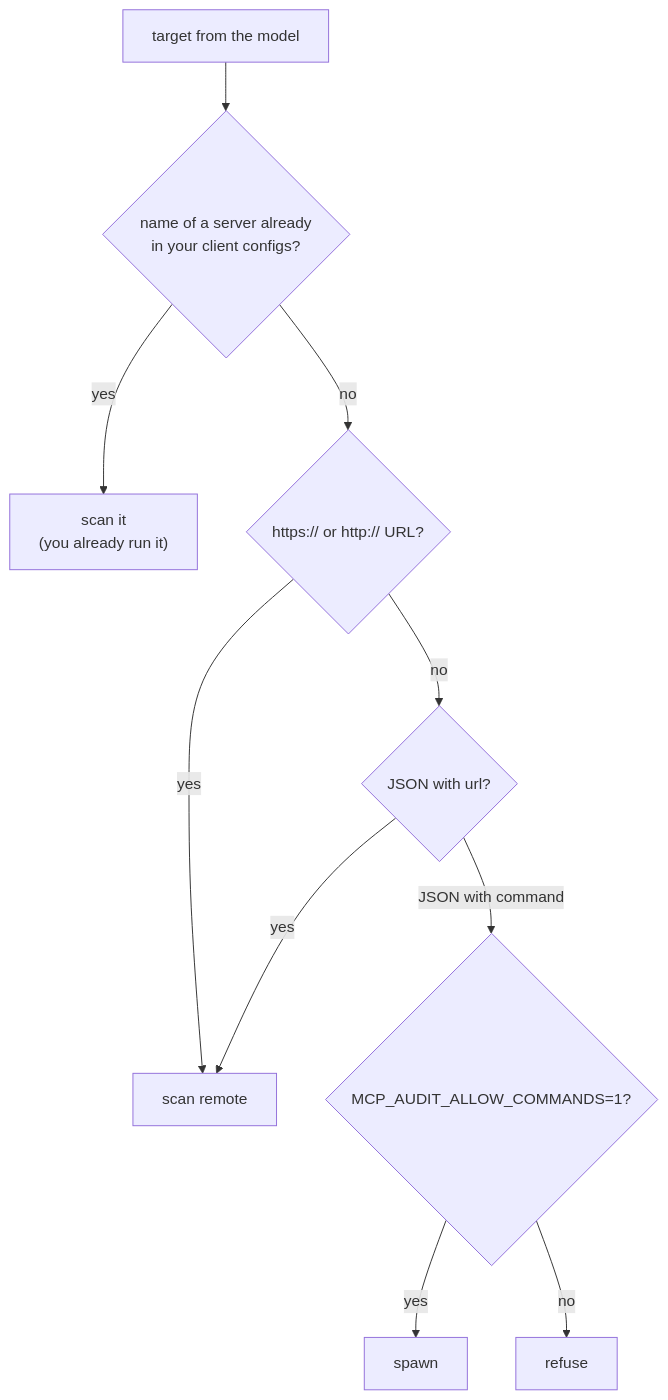
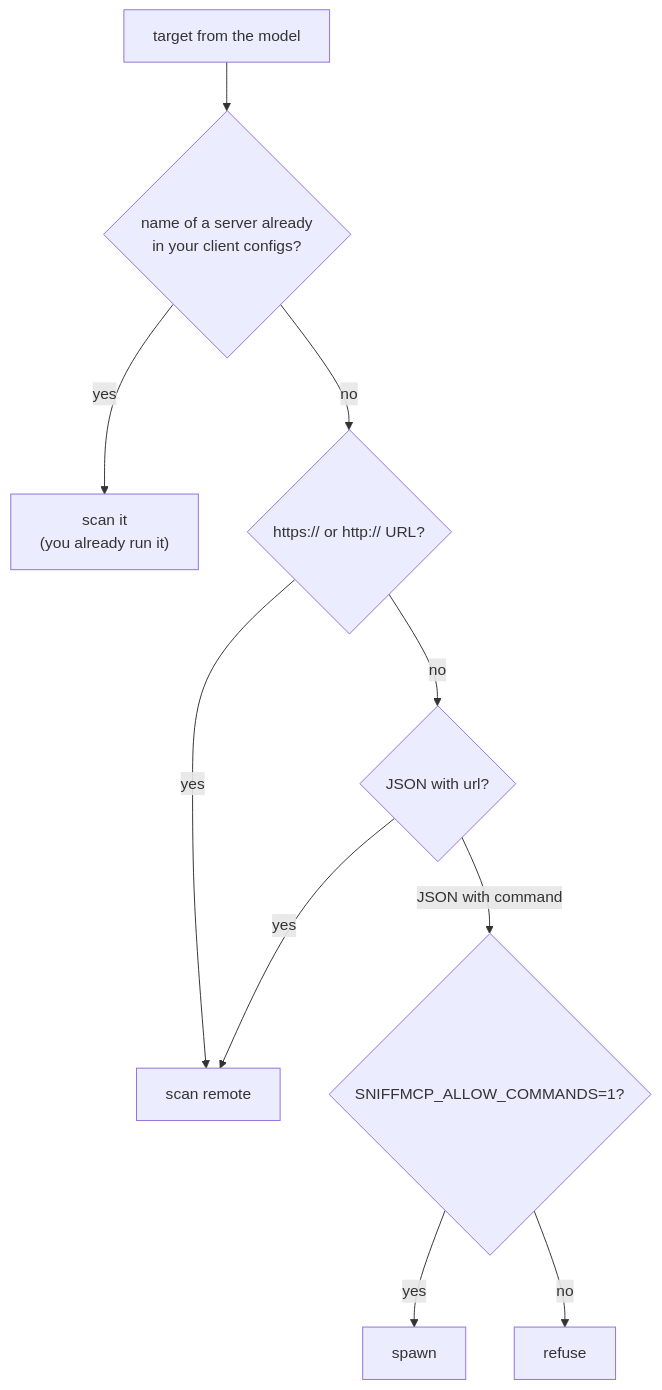
Before and after one commit to SomehowLiving/sniffmcp: the fifth of 7 diagrams in ARCHITECTURE.md, drawn with Mermaid. The commit also changed other lines of this file and 36 other files, not shown here.

````diff
--- a/ARCHITECTURE.md
+++ b/ARCHITECTURE.md
@@ -159,12 +159,12 @@
 ```mermaid
 flowchart TD
     T["target from the model"] --> A{"name of a server already<br/>in your client configs?"}
     A -->|yes| OK["scan it<br/>(you already run it)"]
     A -->|no| B{"https:// or http:// URL?"}
     B -->|yes| OK2["scan remote"]
     B -->|no| C{"JSON with url?"}
     C -->|yes| OK2
-    C -->|"JSON with command"| D{"MCP_AUDIT_ALLOW_COMMANDS=1?"}
+    C -->|"JSON with command"| D{"SNIFFMCP_ALLOW_COMMANDS=1?"}
     D -->|yes| OK3["spawn"]
     D -->|no| NO["refuse"]
 ```
````
